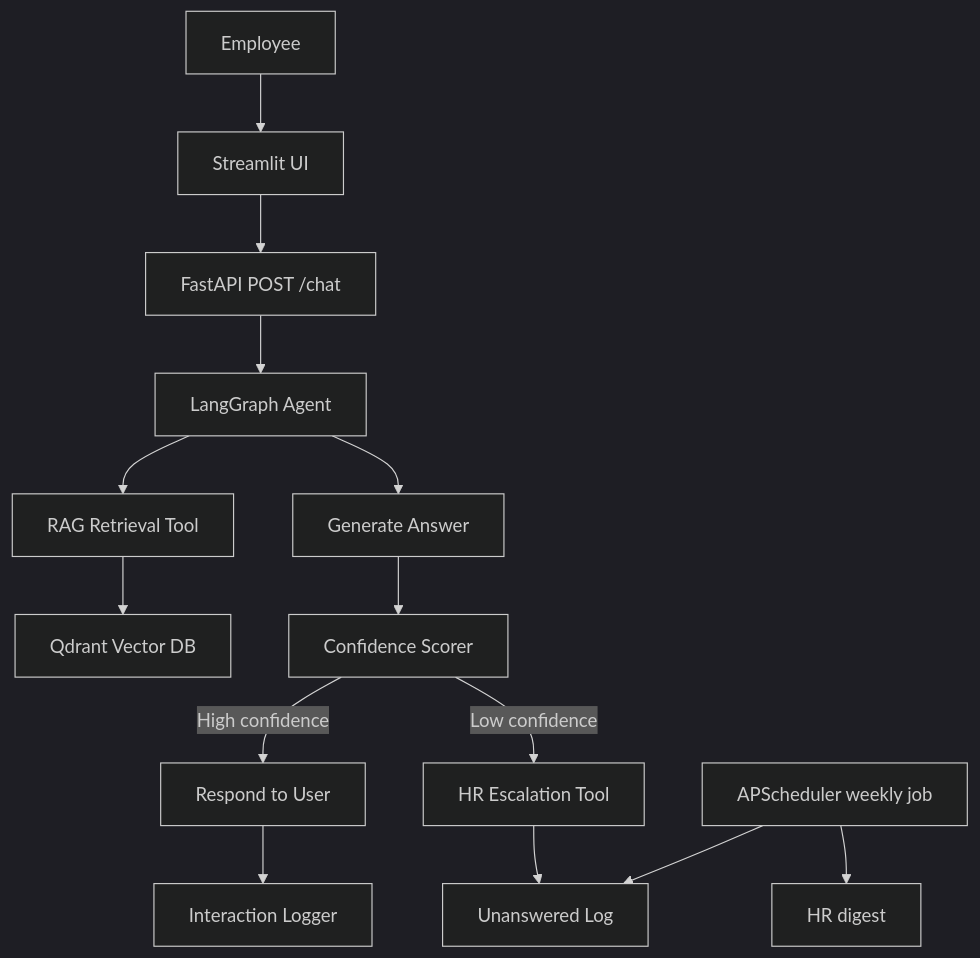
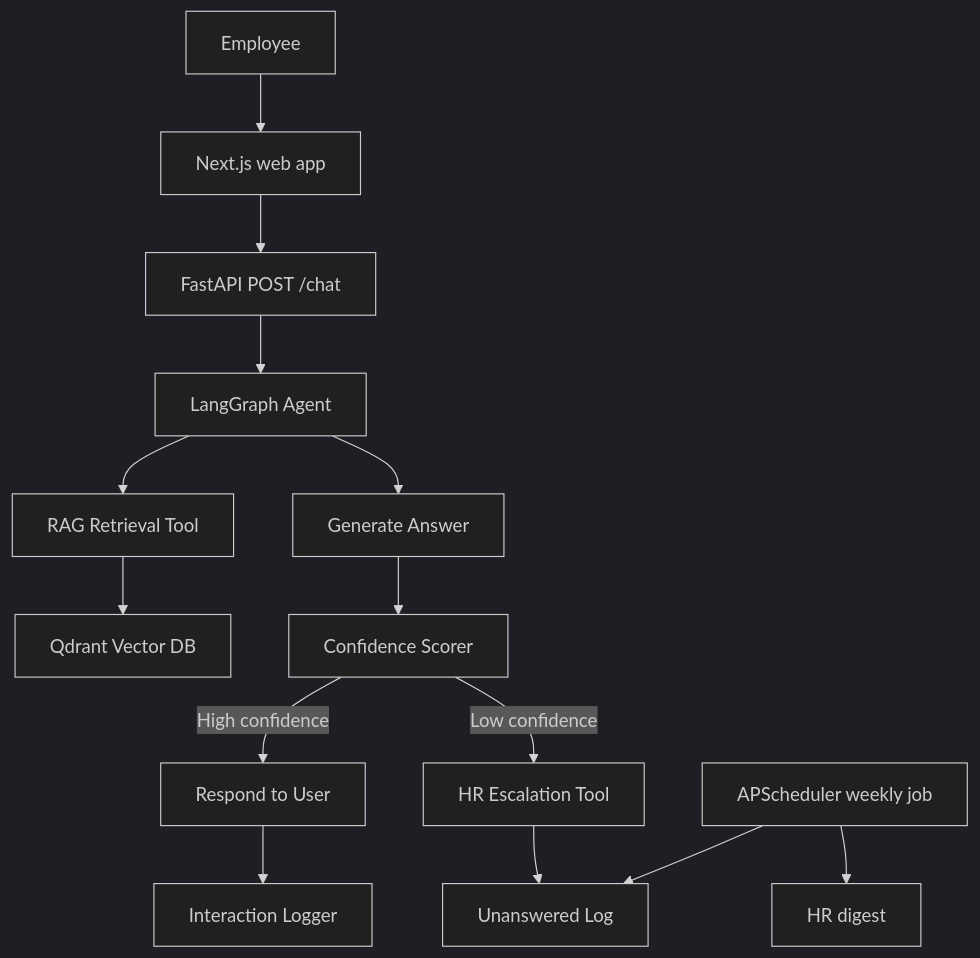
Before and after one commit to ShishirRijal/hr-onboarding-agent: the first of 2 diagrams in README.md, drawn with Mermaid (dark theme). The commit also changed other lines of this file and 1 other file, not shown here.

Commit message:
docs: document running the API and web app

````diff
--- a/README.md
+++ b/README.md
@@ -81,20 +81,20 @@
 ```mermaid
 flowchart TD
-  E[Employee] --> UI[Streamlit UI]
+  E[Employee] --> UI[Next.js web app]
   UI --> API[FastAPI POST /chat]
   API --> AG[LangGraph Agent]
 
   AG --> RET[RAG Retrieval Tool]
   RET --> QD[Qdrant Vector DB]
   AG --> GEN[Generate Answer]
   GEN --> SCO[Confidence Scorer]
 
   SCO -->|High confidence| RESP[Respond to User]
   RESP --> LOG[Interaction Logger]
 
   SCO -->|Low confidence| ESC[HR Escalation Tool]
   ESC --> UN[Unanswered Log]
 
   SCH[APScheduler weekly job] --> UN
   SCH --> DIG[HR digest]
 ```
````
